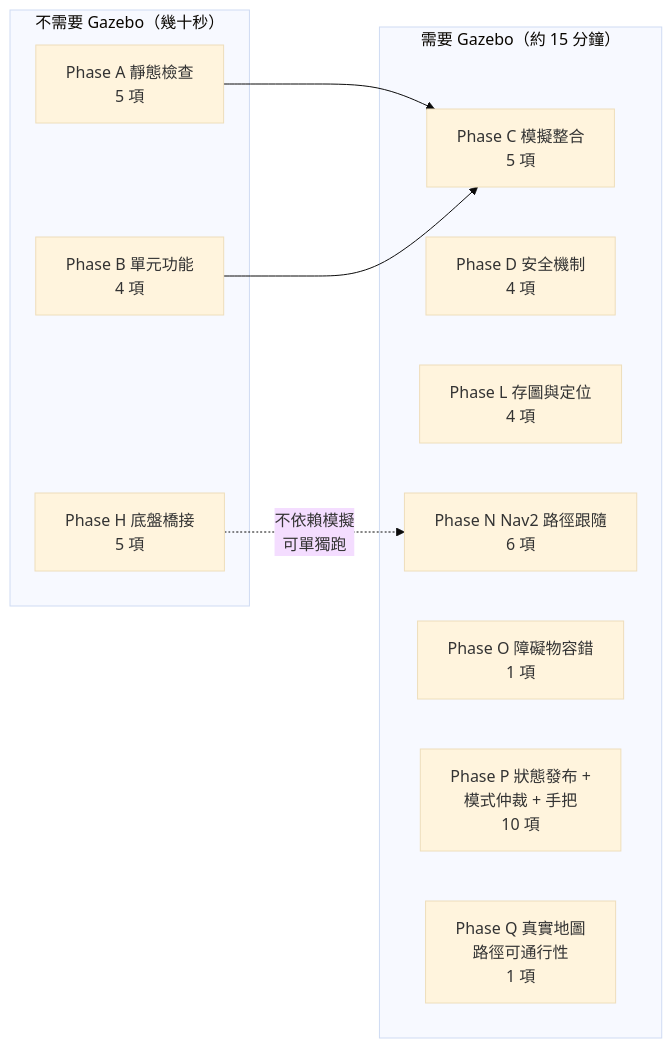
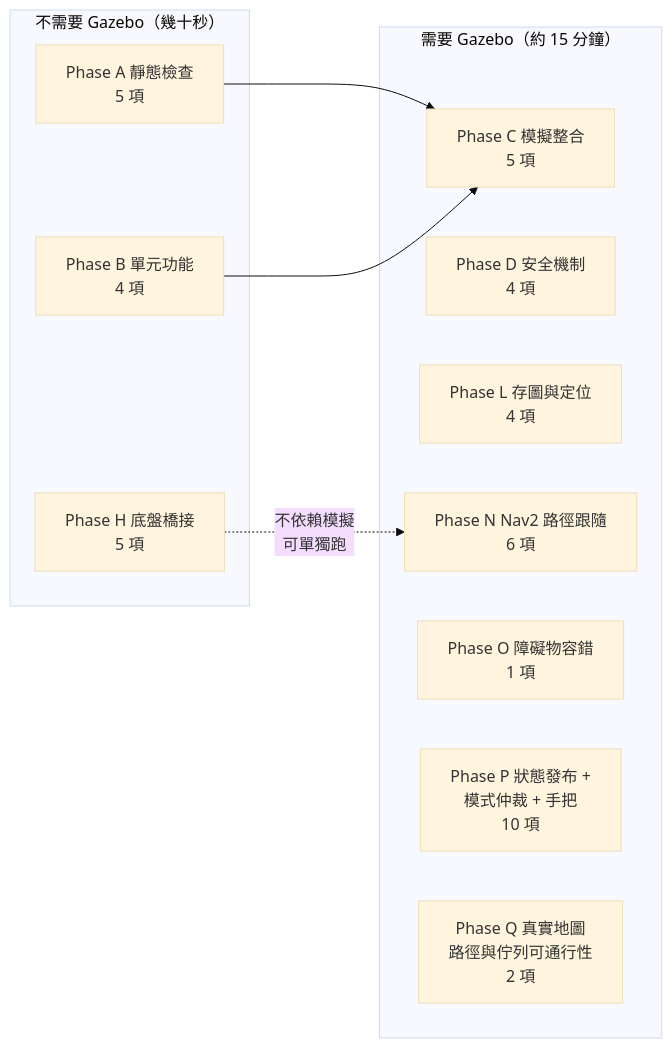
One commit to a04151997/mowerbot changed the sixth of 7 diagrams in docs/architecture.md. Above: the diagram before and after it, drawn with Mermaid (base theme). The commit also changed other lines of this file and 5 other files, not shown here.

````diff
--- a/docs/architecture.md
+++ b/docs/architecture.md
@@ -194,20 +194,20 @@
 ```mermaid
 graph LR
     subgraph 不需要模擬器["不需要 Gazebo（幾十秒）"]
         A["Phase A 靜態檢查<br/>5 項"]
         B["Phase B 單元功能<br/>4 項"]
         H["Phase H 底盤橋接<br/>5 項"]
     end
     subgraph 需要模擬器["需要 Gazebo（約 15 分鐘）"]
         C["Phase C 模擬整合<br/>5 項"]
         D["Phase D 安全機制<br/>4 項"]
         L["Phase L 存圖與定位<br/>4 項"]
         N["Phase N Nav2 路徑跟隨<br/>6 項"]
         O["Phase O 障礙物容錯<br/>1 項"]
         P["Phase P 狀態發布 +<br/>模式仲裁 + 手把<br/>10 項"]
-        Q["Phase Q 真實地圖<br/>路徑可通行性<br/>1 項"]
+        Q["Phase Q 真實地圖<br/>路徑與佇列可通行性<br/>2 項"]
     end
     A --> C
     B --> C
     H -.->|"不依賴模擬<br/>可單獨跑"| N
 ```
````
